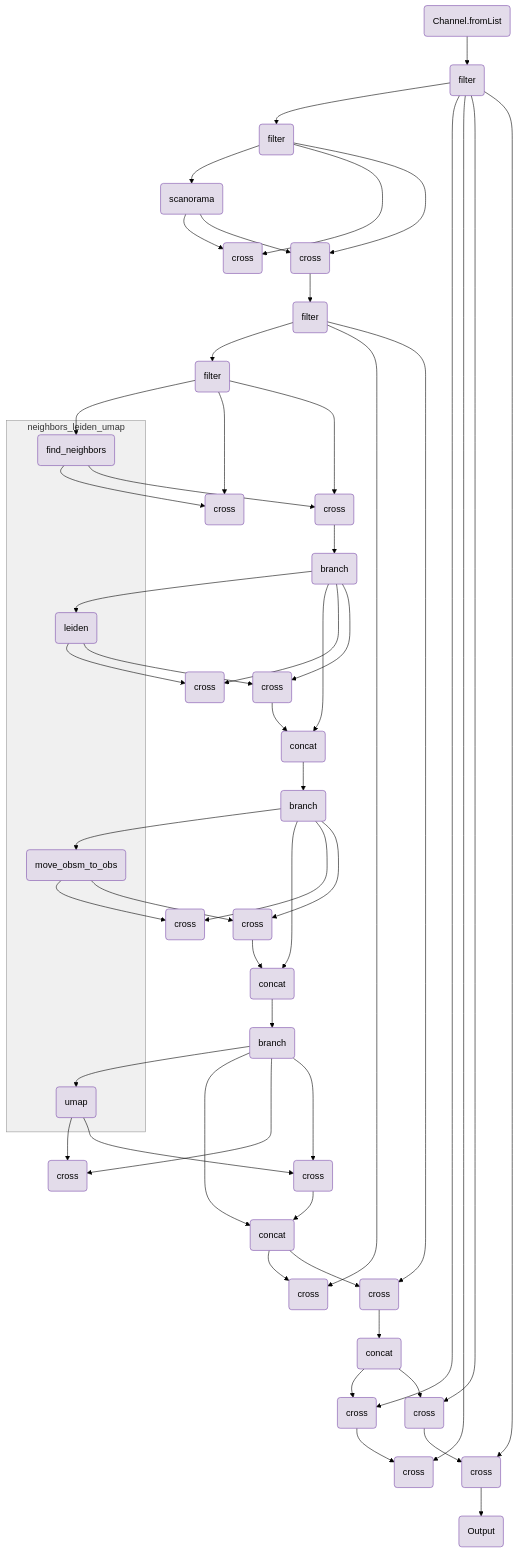
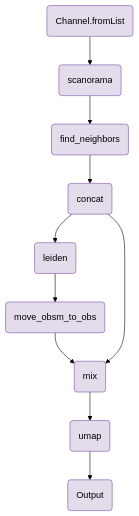
Before and after one commit to openpipelines-bio/website: the diagram in components/workflows/integration/scanorama_leiden.qmd, drawn with Mermaid (forest theme). The commit also changed other lines of this file and 144 other files, not shown here.

````diff
--- a/components/workflows/integration/scanorama_leiden.qmd
+++ b/components/workflows/integration/scanorama_leiden.qmd
@@ -159,127 +157,31 @@
 ```{mermaid}
 flowchart TB
     v0(Channel.fromList)
-    v2(filter)
-    v10(filter)
     v18(scanorama)
-    v25(cross)
-    v35(cross)
-    v41(filter)
-    v195(concat)
-    v50(filter)
-    v65(cross)
-    v75(cross)
-    v84(branch)
-    v111(concat)
-    v96(cross)
-    v106(cross)
-    v115(branch)
-    v142(concat)
-    v127(cross)
-    v137(cross)
-    v146(branch)
-    v173(concat)
-    v158(cross)
-    v168(cross)
-    v180(cross)
-    v190(cross)
-    v202(cross)
-    v209(cross)
-    v221(cross)
-    v228(cross)
-    v232(Output)
-    subgraph group_neighbors_leiden_umap [neighbors_leiden_umap]
-        v58(find_neighbors)
-        v89(leiden)
-        v120(move_obsm_to_obs)
-        v151(umap)
-    end
-    v84-->v111
-    v115-->v142
-    v146-->v173
-    v0-->v2
-    v2-->v10
-    v10-->v18
-    v18-->v25
-    v10-->v25
-    v10-->v35
-    v41-->v50
-    v50-->v58
-    v58-->v65
-    v50-->v65
-    v50-->v75
-    v84-->v89
-    v89-->v96
-    v84-->v96
-    v84-->v106
-    v106-->v111
-    v115-->v120
-    v120-->v127
-    v115-->v127
-    v115-->v137
-    v137-->v142
-    v146-->v151
-    v151-->v158
-    v146-->v158
-    v146-->v168
-    v168-->v173
-    v173-->v180
-    v41-->v180
-    v41-->v190
-    v190-->v195
-    v195-->v202
-    v2-->v202
-    v202-->v209
-    v2-->v209
-    v2-->v221
-    v221-->v228
-    v2-->v228
-    v228-->v232
-    v35-->v41
-    v18-->v35
-    v58-->v75
-    v75-->v84
-    v89-->v106
-    v111-->v115
-    v120-->v137
-    v142-->v146
-    v151-->v168
-    v173-->v190
-    v195-->v221
-    style group_neighbors_leiden_umap fill:#F0F0F0,stroke:#969696;
+    v49(concat)
+    v38(find_neighbors)
+    v59(leiden)
+    v79(move_obsm_to_obs)
+    v92(mix)
+    v101(umap)
+    v128(Output)
+    v0-->v18
+    v18-->v38
+    v38-->v49
+    v49-->v59
+    v59-->v79
+    v79-->v92
+    v49-->v92
+    v92-->v101
+    v101-->v128
     style v0 fill:#e3dcea,stroke:#7a4baa;
-    style v2 fill:#e3dcea,stroke:#7a4baa;
-    style v10 fill:#e3dcea,stroke:#7a4baa;
     style v18 fill:#e3dcea,stroke:#7a4baa;
-    style v25 fill:#e3dcea,stroke:#7a4baa;
-    style v35 fill:#e3dcea,stroke:#7a4baa;
-    style v41 fill:#e3dcea,stroke:#7a4baa;
-    style v195 fill:#e3dcea,stroke:#7a4baa;
-    style v50 fill:#e3dcea,stroke:#7a4baa;
-    style v58 fill:#e3dcea,stroke:#7a4baa;
-    style v65 fill:#e3dcea,stroke:#7a4baa;
-    style v75 fill:#e3dcea,stroke:#7a4baa;
-    style v84 fill:#e3dcea,stroke:#7a4baa;
-    style v111 fill:#e3dcea,stroke:#7a4baa;
-    style v89 fill:#e3dcea,stroke:#7a4baa;
-    style v96 fill:#e3dcea,stroke:#7a4baa;
-    style v106 fill:#e3dcea,stroke:#7a4baa;
-    style v115 fill:#e3dcea,stroke:#7a4baa;
-    style v142 fill:#e3dcea,stroke:#7a4baa;
-    style v120 fill:#e3dcea,stroke:#7a4baa;
-    style v127 fill:#e3dcea,stroke:#7a4baa;
-    style v137 fill:#e3dcea,stroke:#7a4baa;
-    style v146 fill:#e3dcea,stroke:#7a4baa;
-    style v173 fill:#e3dcea,stroke:#7a4baa;
-    style v151 fill:#e3dcea,stroke:#7a4baa;
-    style v158 fill:#e3dcea,stroke:#7a4baa;
-    style v168 fill:#e3dcea,stroke:#7a4baa;
-    style v180 fill:#e3dcea,stroke:#7a4baa;
-    style v190 fill:#e3dcea,stroke:#7a4baa;
-    style v202 fill:#e3dcea,stroke:#7a4baa;
-    style v209 fill:#e3dcea,stroke:#7a4baa;
-    style v221 fill:#e3dcea,stroke:#7a4baa;
-    style v228 fill:#e3dcea,stroke:#7a4baa;
-    style v232 fill:#e3dcea,stroke:#7a4baa;
+    style v49 fill:#e3dcea,stroke:#7a4baa;
+    style v38 fill:#e3dcea,stroke:#7a4baa;
+    style v59 fill:#e3dcea,stroke:#7a4baa;
+    style v79 fill:#e3dcea,stroke:#7a4baa;
+    style v92 fill:#e3dcea,stroke:#7a4baa;
+    style v101 fill:#e3dcea,stroke:#7a4baa;
+    style v128 fill:#e3dcea,stroke:#7a4baa;
 
 ```
````
